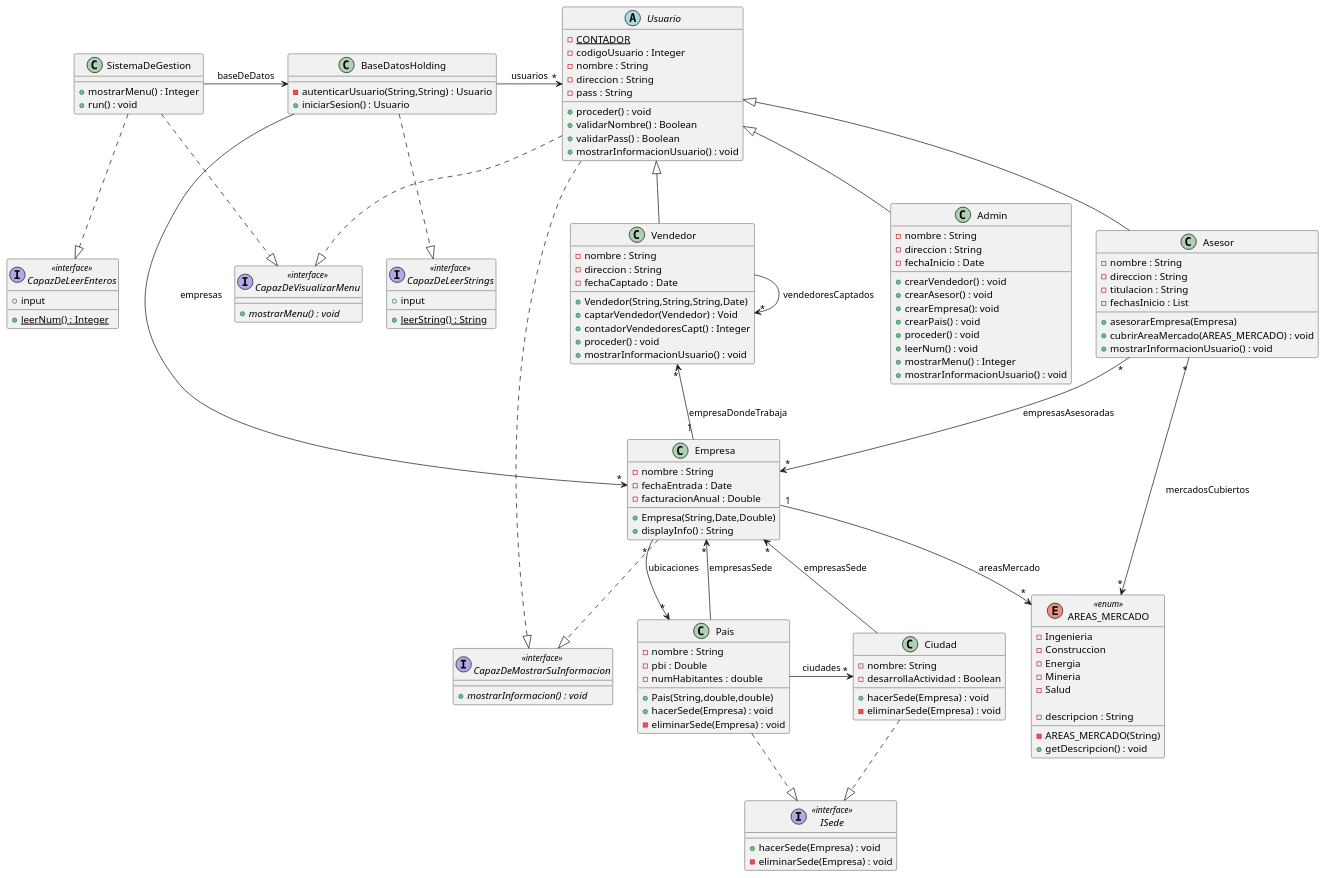
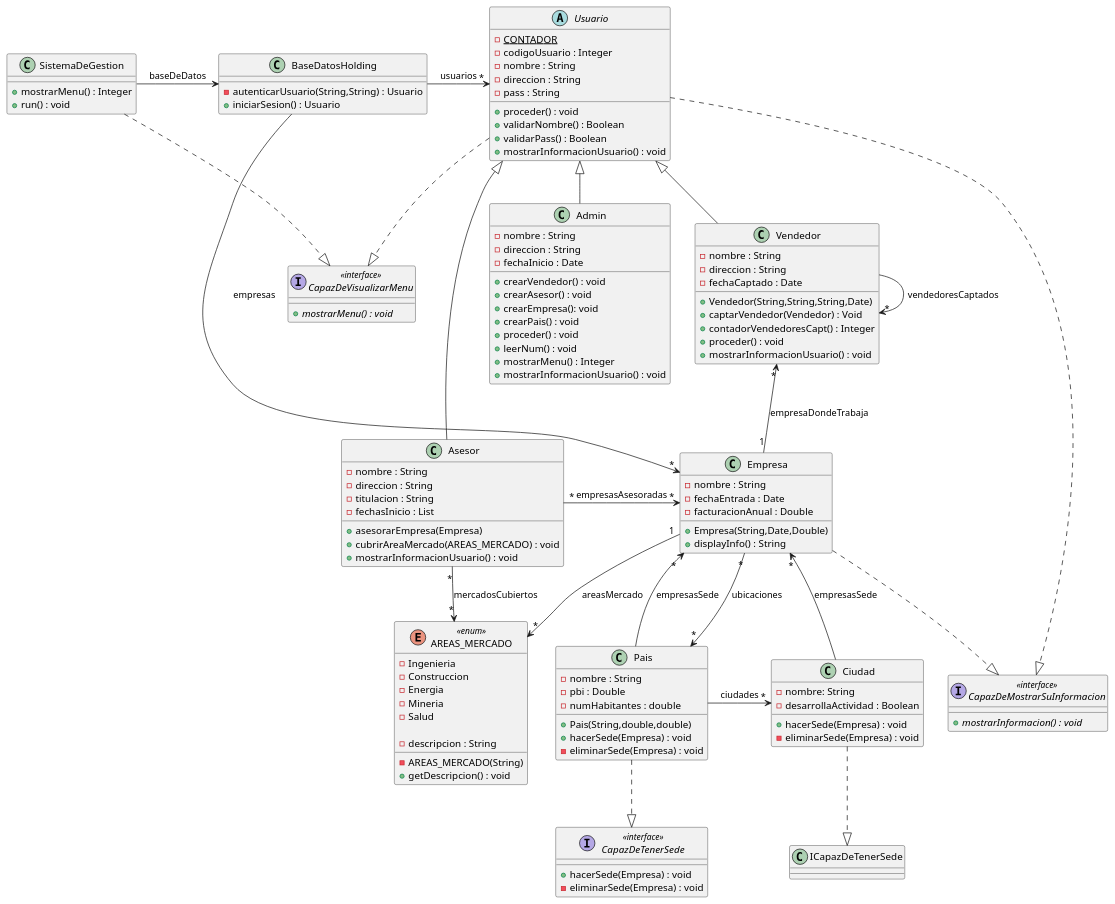
One commit to maxi-stein/Proyecto-Programacion-2 changed the diagram in proyecto-programacion2/src/holding/diagrama-de-clases.puml. Above: the diagram before and after it, drawn with PlantUML.

Commit message:
Modificacion diagrama UML
Se modifica en base a los cambios previos realizados

```diff
--- a/proyecto-programacion2/src/holding/diagrama-de-clases.puml
+++ b/proyecto-programacion2/src/holding/diagrama-de-clases.puml
@@ -1,148 +1,136 @@
 @startuml
 class SistemaDeGestion{
 +mostrarMenu() : Integer
 +run() : void
 }
 
 class BaseDatosHolding{
 -autenticarUsuario(String,String) : Usuario
 +iniciarSesion() : Usuario
 }
 
 abstract Usuario{
 -{static} CONTADOR
 -codigoUsuario : Integer
 -nombre : String
 -direccion : String
 -pass : String
 
 +proceder() : void
 +validarNombre() : Boolean
 +validarPass() : Boolean
 +mostrarInformacionUsuario() : void
 }
 
 class Vendedor extends Usuario{
     -nombre : String
     -direccion : String
     -fechaCaptado : Date
     +Vendedor(String,String,String,Date)
     +captarVendedor(Vendedor) : Void
     +contadorVendedoresCapt() : Integer
     +proceder() : void
     +mostrarInformacionUsuario() : void
 
 }
 
 class Empresa{
     -nombre : String
     -fechaEntrada : Date
     -facturacionAnual : Double
     +Empresa(String,Date,Double)
     +displayInfo() : String
 }
 
 enum  AREAS_MERCADO <<enum>> {
     -Ingenieria
     -Construccion
     -Energia
     -Mineria
     -Salud
 
     -descripcion : String
 
     -AREAS_MERCADO(String)
     +getDescripcion() : void
 
 }
 
 class Pais{
     -nombre : String
     -pbi : Double
     -numHabitantes : double
 
     +Pais(String,double,double)
     +hacerSede(Empresa) : void
     -eliminarSede(Empresa) : void
 }
 
 class Ciudad{
     -nombre: String
     -desarrollaActividad : Boolean
 
     +hacerSede(Empresa) : void
     -eliminarSede(Empresa) : void
 }
 
-interface ISede <<interface>>{
+interface CapazDeTenerSede <<interface>>{
     +hacerSede(Empresa) : void
     -eliminarSede(Empresa) : void
-}
-
-interface CapazDeLeerEnteros <<interface>>{
-    +input
-    +{static} leerNum() : Integer
-}
-
-interface CapazDeLeerStrings <<interface>>{
-    +input
-    +{static} leerString() : String
 }
 
 interface CapazDeVisualizarMenu <<interface>>{
     +{abstract} mostrarMenu() : void
 }
 
 interface CapazDeMostrarSuInformacion <<interface>>{
     +{abstract} mostrarInformacion() : void
 }
 
 class Asesor extends Usuario{
 -nombre : String
 -direccion : String
 -titulacion : String
 -fechasInicio : List
 +asesorarEmpresa(Empresa)
 +cubrirAreaMercado(AREAS_MERCADO) : void
 +mostrarInformacionUsuario() : void
 
 }
 
 class Admin extends Usuario{
 -nombre : String
 -direccion : String
 -fechaInicio : Date
 +crearVendedor() : void
 +crearAsesor() : void
 +crearEmpresa(): void
 +crearPais() : void
 +proceder() : void
 +leerNum() : void
 +mostrarMenu() : Integer
 +mostrarInformacionUsuario() : void
 }
 
 
 SistemaDeGestion -> BaseDatosHolding : "baseDeDatos"
-SistemaDeGestion -.|> CapazDeLeerEnteros
 SistemaDeGestion -.|> CapazDeVisualizarMenu
 BaseDatosHolding -> "*" Usuario : usuarios
 BaseDatosHolding -> "*" Empresa : empresas
-BaseDatosHolding -.|> CapazDeLeerStrings
 Usuario -.|> CapazDeVisualizarMenu
 Usuario -.|> CapazDeMostrarSuInformacion
 Vendedor "*"<-- "1" Empresa : empresaDondeTrabaja
 Vendedor -> "*" Vendedor : vendedoresCaptados
 Empresa "1"--> "*" AREAS_MERCADO : areasMercado
 Empresa "*" --> "*" Pais : ubicaciones
 Empresa -.|> CapazDeMostrarSuInformacion
 Pais -> "*" Ciudad : ciudades
-Pais -.|> ISede
+Pais -.|> CapazDeTenerSede
 Pais --> "*" Empresa : empresasSede
-Ciudad -.|> ISede
+Ciudad -.|> ICapazDeTenerSede
 Ciudad --> "*" Empresa : empresasSede
 Asesor "*"--> "*" AREAS_MERCADO : mercadosCubiertos
-Asesor "*" --> "*" Empresa : empresasAsesoradas
+Asesor "*" -> "*" Empresa : empresasAsesoradas
 
 
 @enduml
```
